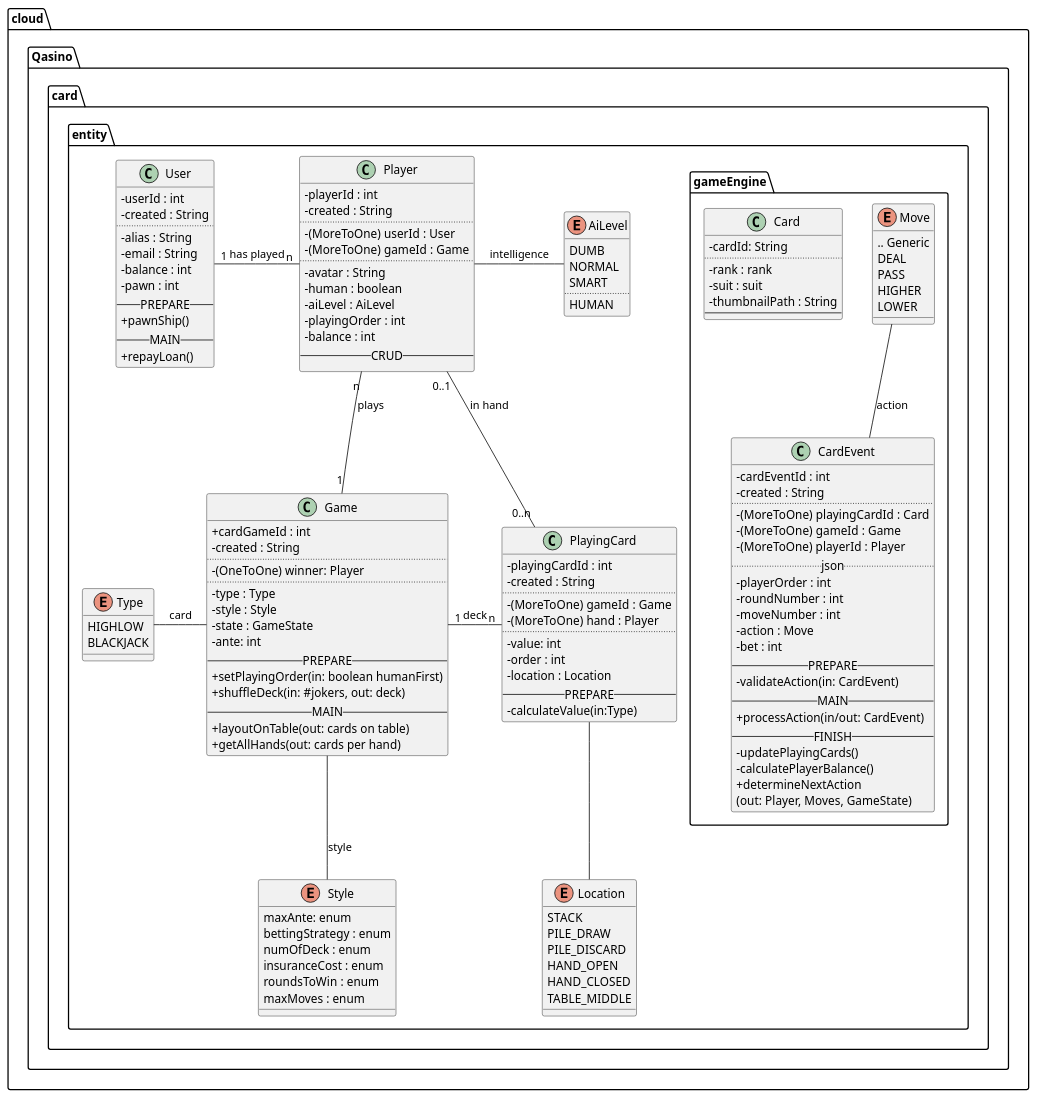
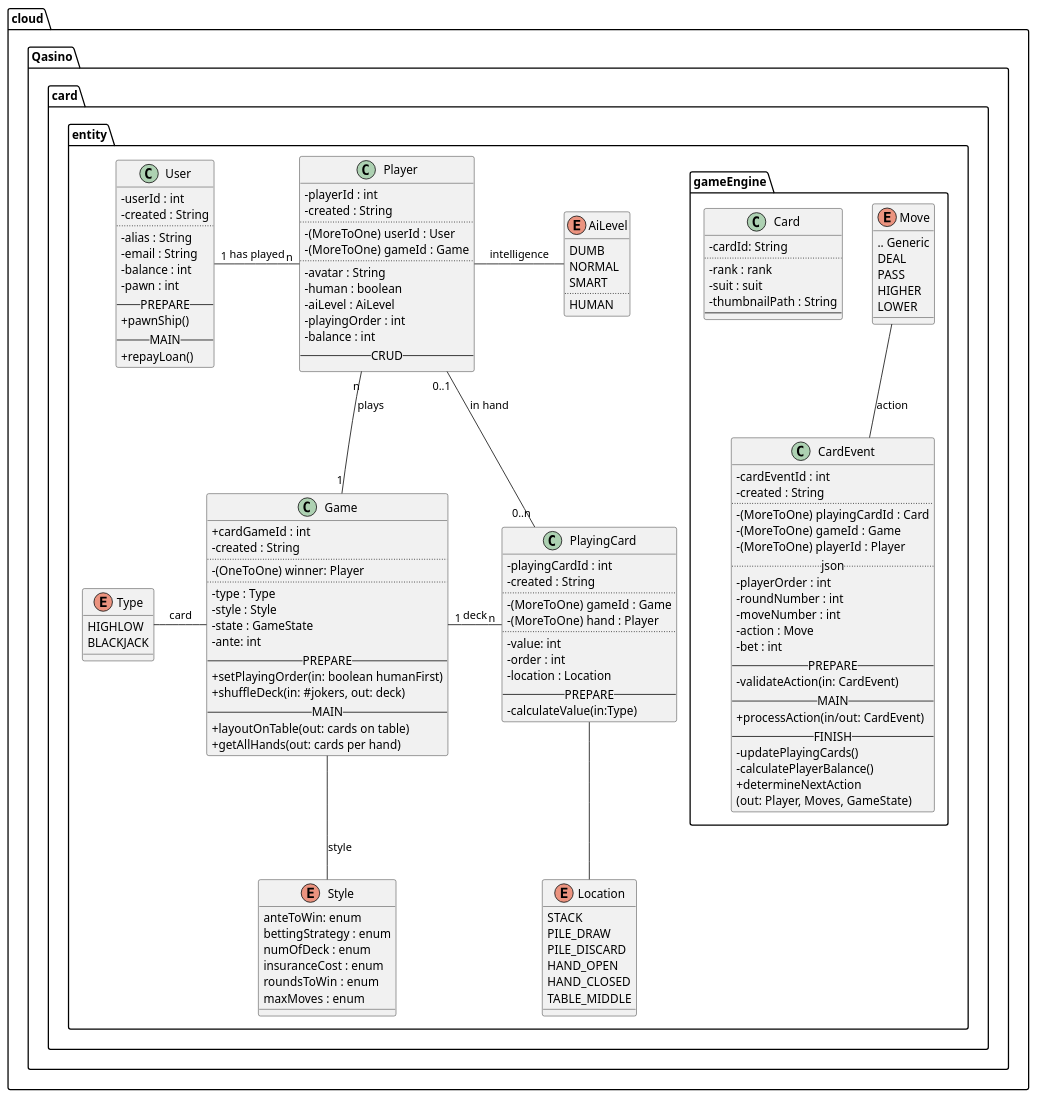
The diagram in server/src/main/java/cloud/qasino/card/entity/Qasino.puml (saalk/qasino), drawn with PlantUML before and after one commit. The commit also changed 37 other files, not shown here.

```diff
--- a/server/src/main/java/cloud/qasino/card/entity/Qasino.puml
+++ b/server/src/main/java/cloud/qasino/card/entity/Qasino.puml
@@ -1,151 +1,151 @@
 @startuml src/main/resources/plantuml/Casino.png
 		skinparam classAttributeIconSize 0
 		package "cloud.Qasino.card" {
 		package "entity" {
 
 class User {
 - userId : int
 - created : String
 ..
 - alias : String
 - email : String
 - balance : int
 - pawn : int
 -- PREPARE --
 + pawnShip()
 -- MAIN --
 + repayLoan()
 }
 User "1" -right- "n" Player: has played
 
 class Player {
 - playerId : int
 - created : String
 ..
 - (MoreToOne) userId : User
 - (MoreToOne) gameId : Game
 ..
 - avatar : String
 - human : boolean
 - aiLevel : AiLevel
 - playingOrder : int
 - balance : int
 -- CRUD --
 }
 Player -right- AiLevel : intelligence
 Player "n" -down- "1" Game : plays
 
 enum AiLevel {
 DUMB
 NORMAL
 SMART
 ..
 HUMAN
 }
 
 class Game {
 + cardGameId : int
 - created : String
 ..
 - (OneToOne) winner: Player
 ..
 - type : Type
 - style : Style
 - state : GameState
 - ante: int
 -- PREPARE --
 + setPlayingOrder(in: boolean humanFirst)
 + shuffleDeck(in: #jokers, out: deck)
 -- MAIN --
 + layoutOnTable(out: cards on table)
 + getAllHands(out: cards per hand)
 }
 
 Game -left- Type : card
 Game -down- Style : style
 Game "1" -right- "n" PlayingCard : deck
 
 enum Type {
 HIGHLOW
 BLACKJACK
 }
 
 enum Style {
-	maxAnte: enum
+	anteToWin: enum
 	bettingStrategy : enum
 	numOfDeck : enum
 	insuranceCost : enum
 	roundsToWin : enum
 	maxMoves : enum
 }
 
 class PlayingCard {
 - playingCardId : int
 - created : String
 ..
 - (MoreToOne) gameId : Game
 - (MoreToOne) hand : Player
 ..
 - value: int
 - order : int
 - location : Location
 -- PREPARE --
 - calculateValue(in:Type)
 }
 PlayingCard -down- Location
 PlayingCard "0..n" -up- "0..1" Player : in hand
 
 enum Location {
 STACK
 PILE_DRAW
 PILE_DISCARD
 HAND_OPEN
 HAND_CLOSED
 TABLE_MIDDLE
 }
 
 
 package "gameEngine" {
 class Card {
 - cardId: String
 ..
 - rank : rank
 - suit : suit
 - thumbnailPath : String
 --
 }
 
 class CardEvent {
 - cardEventId : int
 - created : String
 ..
 - (MoreToOne) playingCardId : Card
 - (MoreToOne) gameId : Game
 - (MoreToOne) playerId : Player
 .. json..
 - playerOrder : int
 - roundNumber : int
 - moveNumber : int
 - action : Move
 - bet : int
 -- PREPARE --
 - validateAction(in: CardEvent)
 -- MAIN --
 + processAction(in/out: CardEvent)
 -- FINISH --
 - updatePlayingCards()
 - calculatePlayerBalance()
 + determineNextAction
 (out: Player, Moves, GameState)
 }
 CardEvent -up- Move : action
 
 enum Move {
 .. Generic
 DEAL
 PASS
 HIGHER
 LOWER
 }
 }
 @enduml
```
